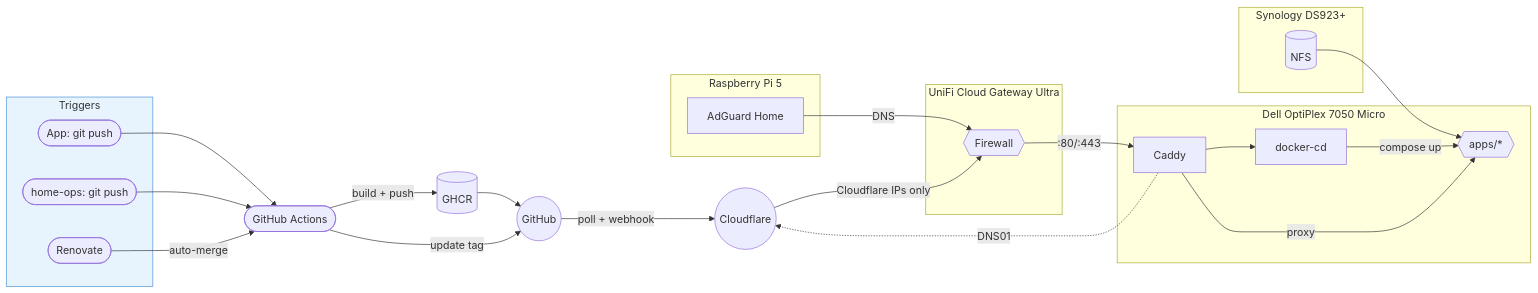
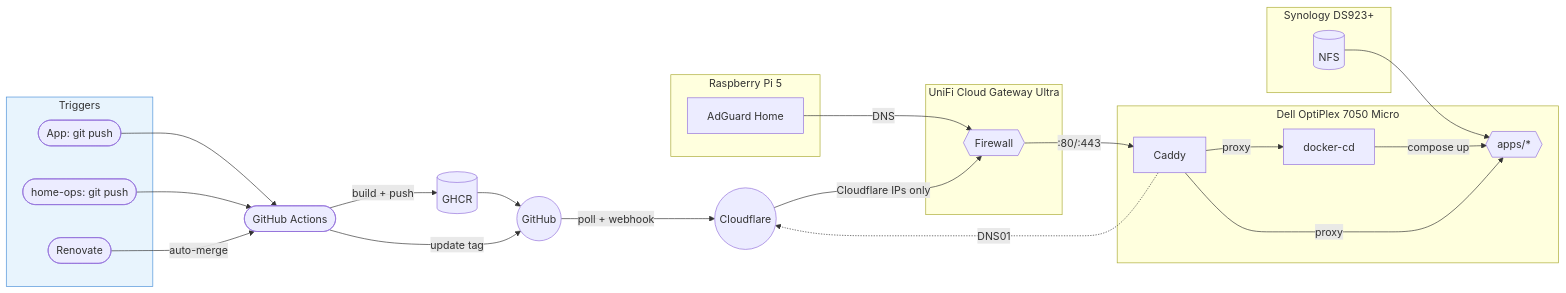
One commit to wajeht/home-ops changed the diagram in README.md. Above: the diagram before and after it, drawn with Mermaid.

Commit message:
docs: clarify ingress flow via cloudflare to docker-cd

````diff
--- a/README.md
+++ b/README.md
@@ -16,38 +16,38 @@
 ```mermaid
 flowchart LR
     subgraph triggers[Triggers]
         app_push([App: git push])
         ops_push([home-ops: git push])
         renovate([Renovate])
     end
 
     app_push --> ci([GitHub Actions]) -->|build + push| ghcr[(GHCR)]
     ghcr --> github((GitHub))
     ci -->|update tag| github
     ops_push --> ci
     renovate -->|auto-merge| ci
-    github -->|poll + webhook| cf((Cloudflare)) -->|Cloudflare IPs only| unifi -->|:80/:443| caddy --> docker_cd
+    github -->|poll + webhook| cf((Cloudflare)) -->|Cloudflare IPs only| unifi -->|:80/:443| caddy -->|proxy| docker_cd
 
     subgraph dell[Dell OptiPlex 7050 Micro]
         docker_cd[docker-cd] -->|compose up| apps{{apps/*}}
         caddy[Caddy] -->|proxy| apps
     end
 
     subgraph nas[Synology DS923+]
         nfs[(NFS)]
     end
 
     subgraph ucg[UniFi Cloud Gateway Ultra]
         unifi{{Firewall}}
     end
 
     subgraph pi[Raspberry Pi 5]
         adguard[AdGuard Home]
     end
 
     nfs --> apps
     adguard -->|DNS| unifi
     caddy -.->|DNS01| cf
 
     style triggers fill:#e8f4fd,stroke:#4a90d9
 ```
````
